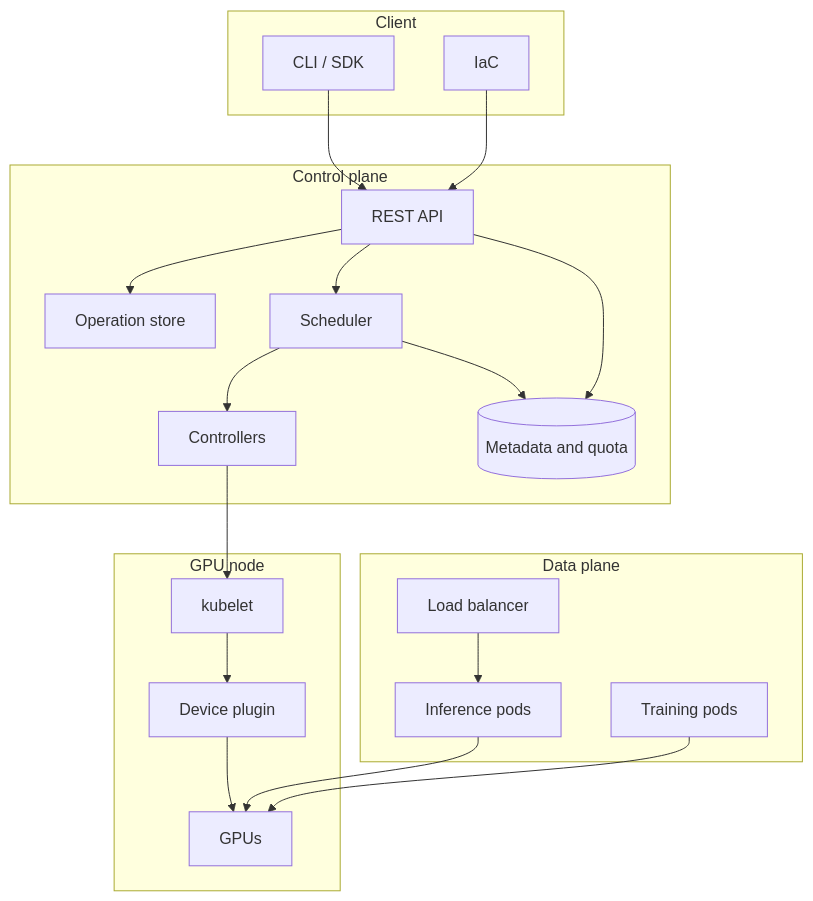
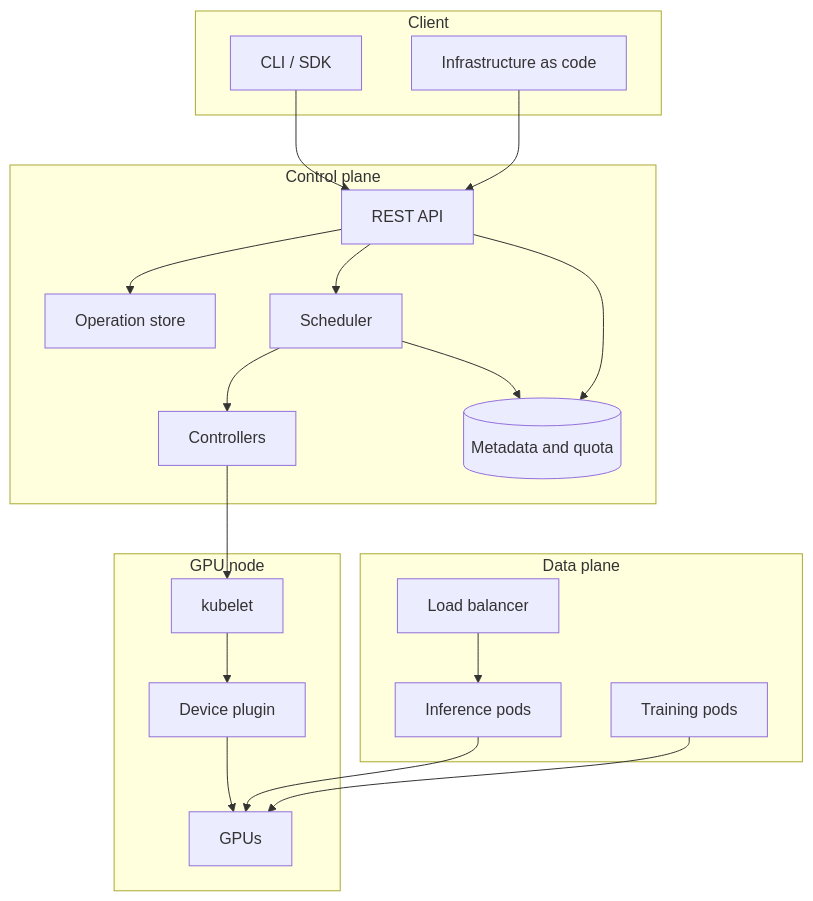
Before and after one commit to arpanpathak/cracking-the-systems-programming-interview: the diagram in systems_design/README.md, drawn with Mermaid. The commit also changed other lines of this file and 6 other files, not shown here.

````diff
--- a/systems_design/README.md
+++ b/systems_design/README.md
@@ -32,41 +25,41 @@
 ```mermaid
 flowchart TB
     subgraph Client["Client"]
         CLI["CLI / SDK"]
-        IAC["IaC"]
+        IAC["Infrastructure as code"]
     end
 
     subgraph Control["Control plane"]
         API["REST API"]
         OPS["Operation store"]
         SCHED["Scheduler"]
         CTRL["Controllers"]
         META[("Metadata and quota")]
     end
 
     subgraph Data["Data plane"]
         LB["Load balancer"]
         INF["Inference pods"]
         TRN["Training pods"]
     end
 
     subgraph Node["GPU node"]
         KLT["kubelet"]
         DEV["Device plugin"]
         GPUS["GPUs"]
     end
 
     CLI --> API
     IAC --> API
     API --> OPS
     API --> SCHED
     API --> META
     SCHED --> CTRL
     SCHED --> META
     CTRL --> KLT
     KLT --> DEV
     DEV --> GPUS
     LB --> INF
     INF --> GPUS
     TRN --> GPUS
 ```
````
